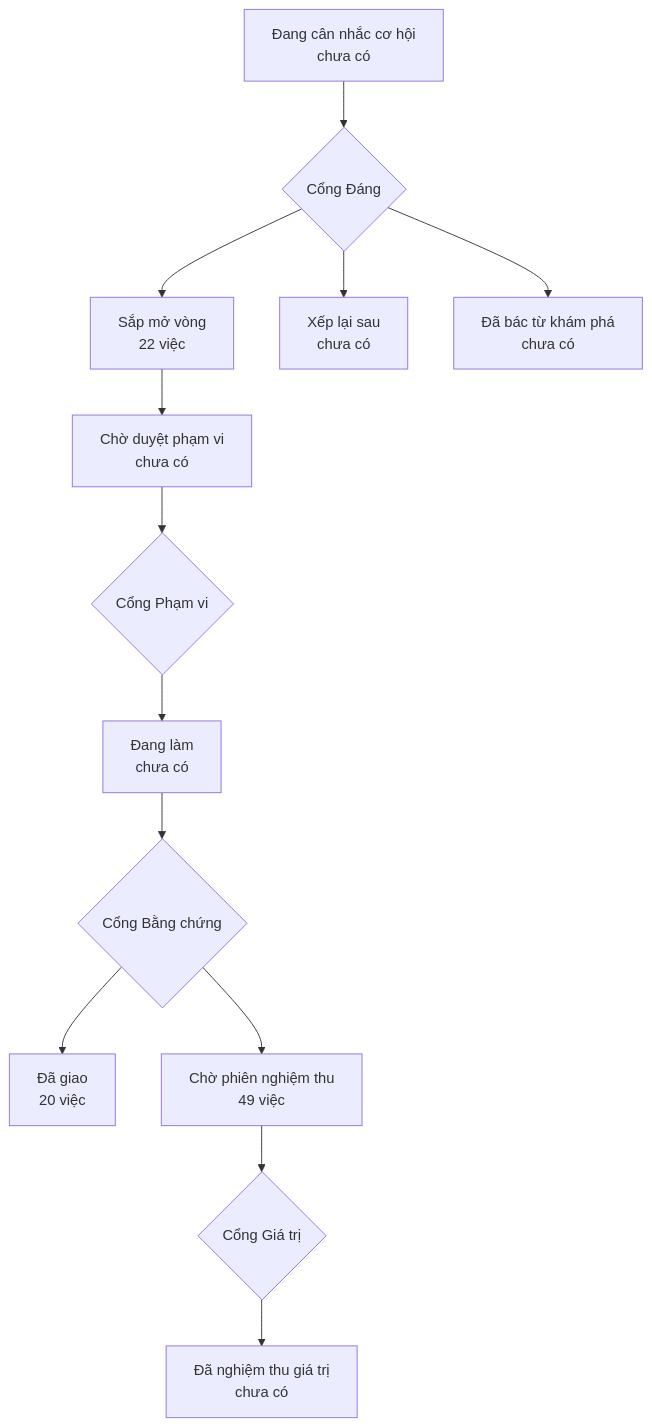
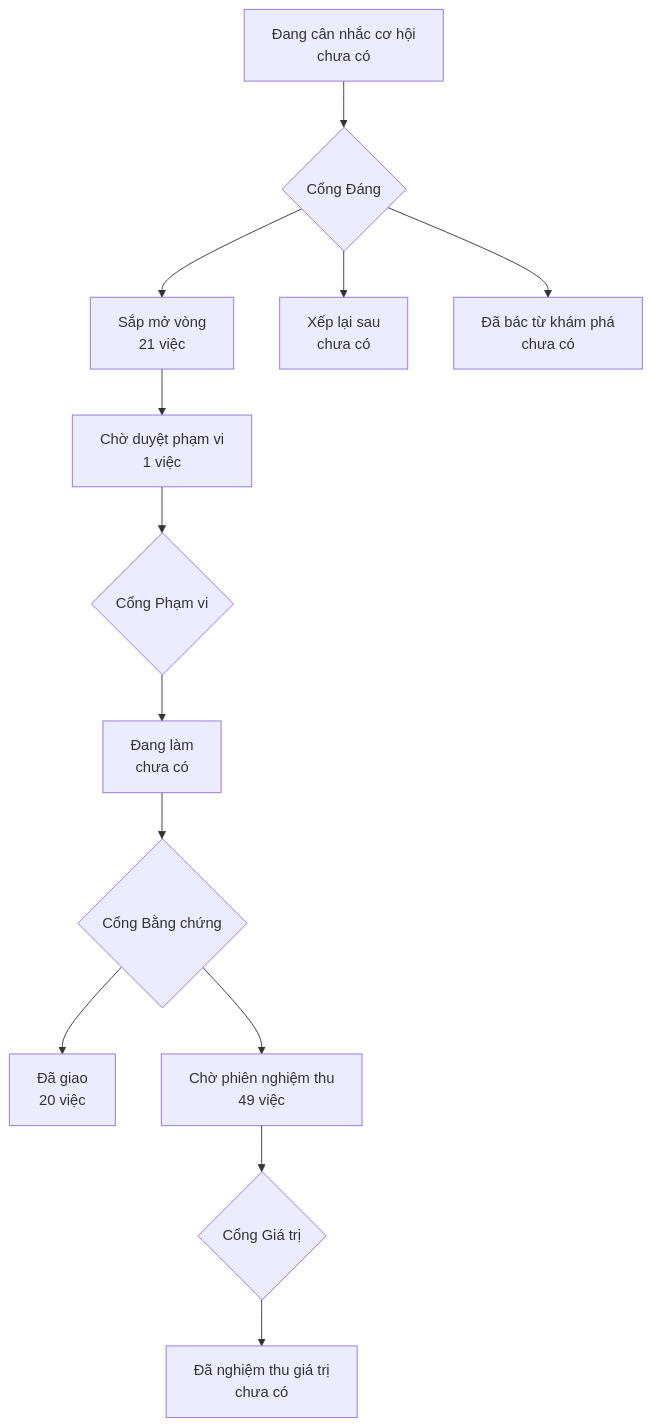
One commit to phanlemanh/onehub-quy-hang changed the diagram in PRODUCT-MAP.md. Above: the diagram before and after it, drawn with Mermaid. The commit also changed other lines of this file and 15 other files, not shown here.

Commit message:
docs(acceptance): tab-toi hồ sơ bước thiết kế, chờ Cổng Phạm vi (hàng 38)

````diff
--- a/PRODUCT-MAP.md
+++ b/PRODUCT-MAP.md
@@ -7,12 +7,12 @@
 ```mermaid
 flowchart TD
   A["Đang cân nhắc cơ hội<br/>chưa có"] --> GD{"Cổng Đáng"}
-  GD --> B["Sắp mở vòng<br/>22 việc"]
+  GD --> B["Sắp mở vòng<br/>21 việc"]
   GD --> XL["Xếp lại sau<br/>chưa có"]
   GD --> DB["Đã bác từ khám phá<br/>chưa có"]
-  B --> CD["Chờ duyệt phạm vi<br/>chưa có"] --> GP{"Cổng Phạm vi"}
+  B --> CD["Chờ duyệt phạm vi<br/>1 việc"] --> GP{"Cổng Phạm vi"}
   GP --> DL["Đang làm<br/>chưa có"] --> GB{"Cổng Bằng chứng"}
   GB --> DG["Đã giao<br/>20 việc"]
   GB --> CN["Chờ phiên nghiệm thu<br/>49 việc"] --> GG{"Cổng Giá trị"}
   GG --> NT["Đã nghiệm thu giá trị<br/>chưa có"]
 ```
````
